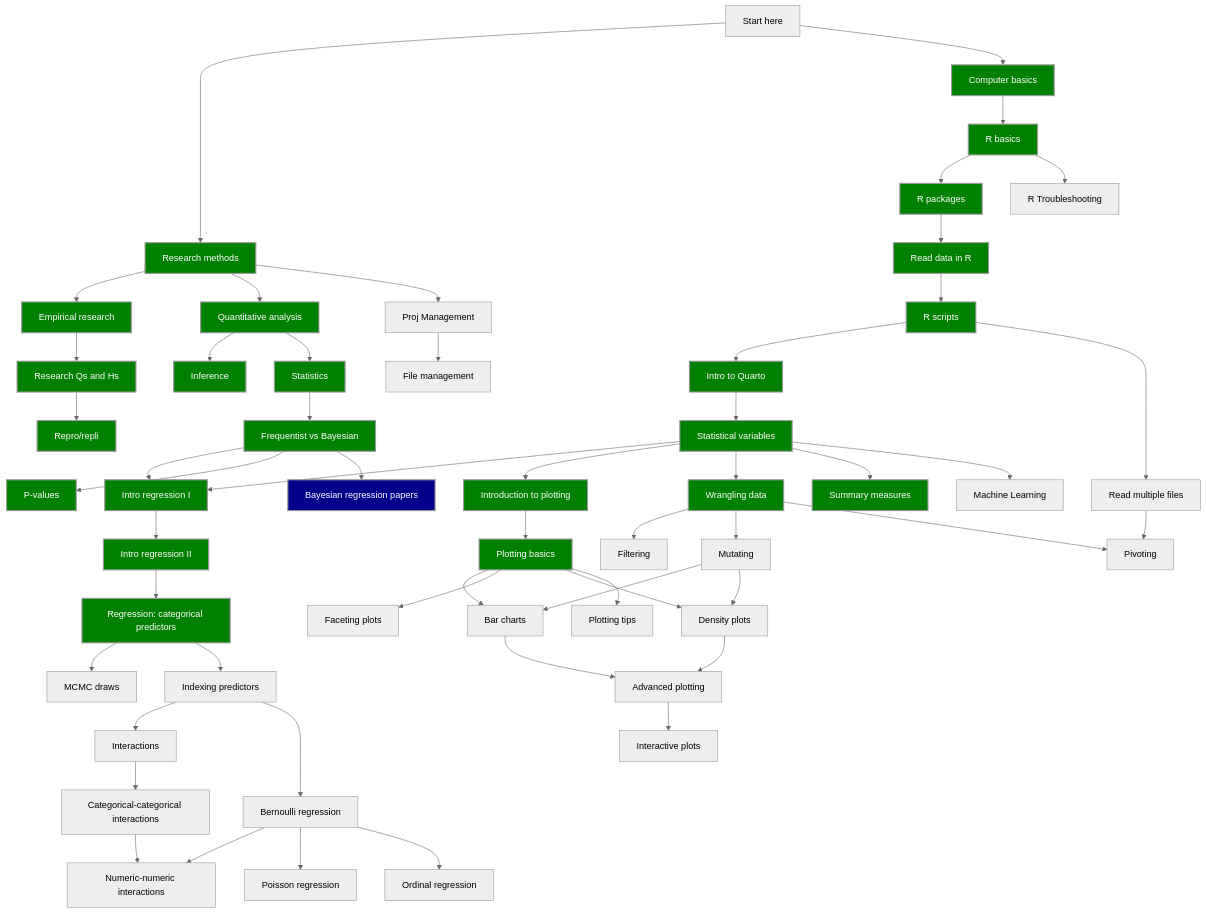
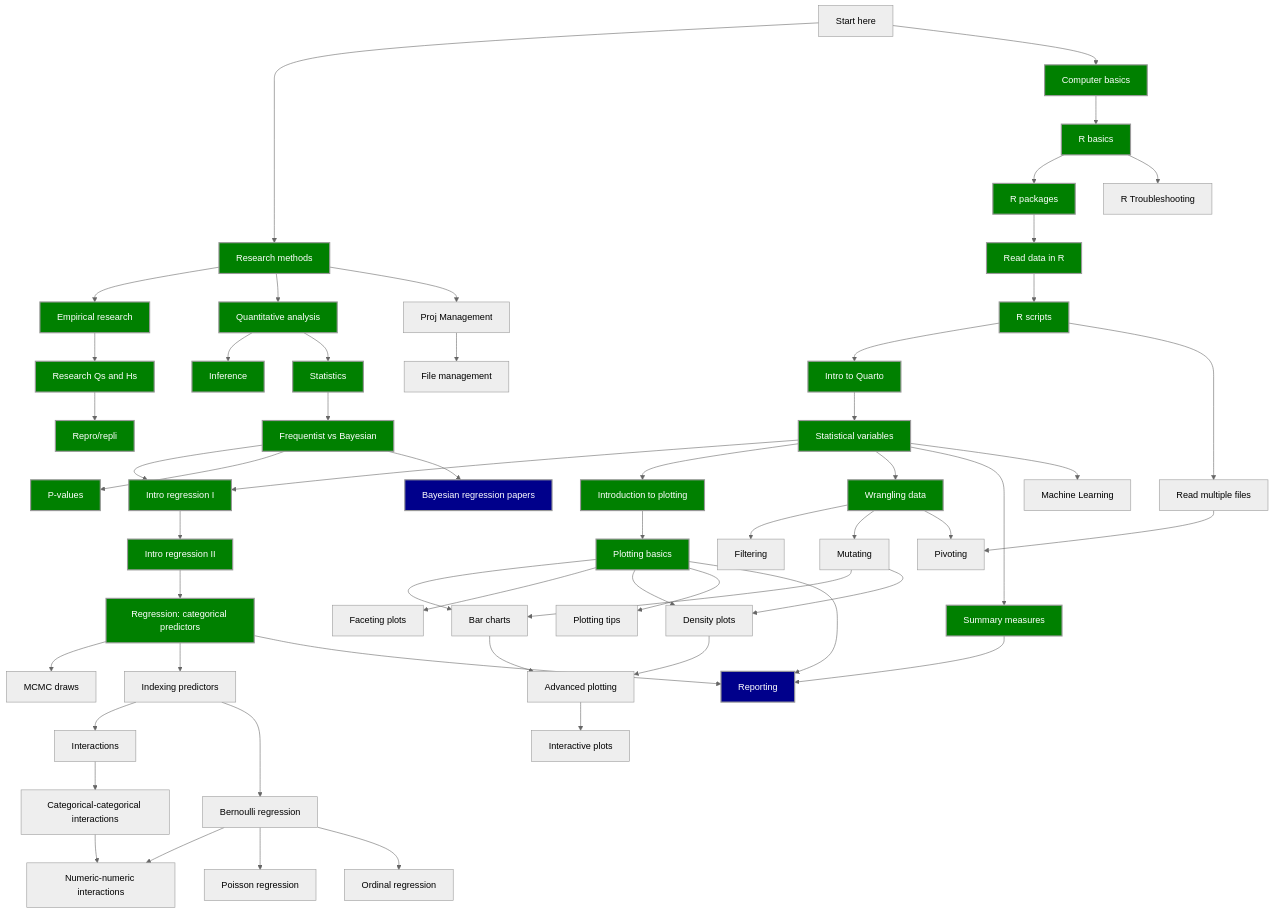
The diagram in map.qmd (uoelel/qml), drawn with Mermaid (neutral theme) before and after one commit. The commit also changed other lines of this file and 48 other files, not shown here.

```diff
--- a/map.qmd
+++ b/map.qmd
@@ -133,6 +133,10 @@
   click AV href "posts/bayes-papers.html" "Go to page"
   style AV fill:#00008B,color:#FFF,stroke-width:2px
   
+  AW[Reporting]
+  click AW href "posts/reporting.html" "Go to page"
+  style AW fill:#00008B,color:#FFF,stroke-width:2px
+  
   AR[Interactive plots]
   click AR href "posts/plot-plotly.html" "Go to page"
   AS[Plotting tips]
@@ -161,16 +165,17 @@
   E --> J & K & L & AC & AL
   
   K --> M
-  M --> N & Z & AA & AS
+  M --> N & Z & AA & AS & AW
   N --> AB
   AA --> AB
   AB --> AR
+  AC --> AW
 
   L --> O & P & Q
   P --> N & AA
   
   %% Regression
-  J --> R --> S --> T & U
+  J --> R --> S --> T & U & AW
   U --> V & X
   V --> W
   W --> AQ
```
